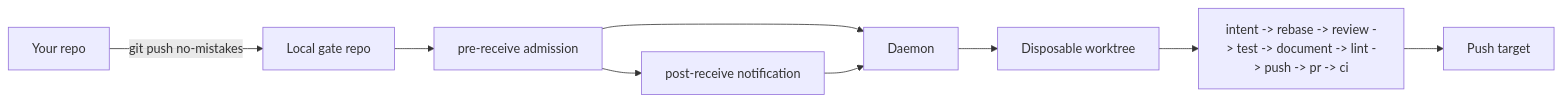
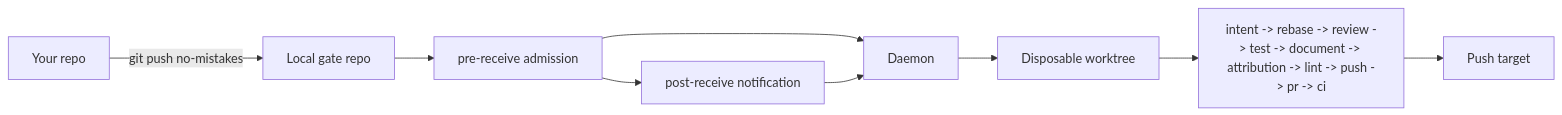
One commit to JohanSardar/no-mistakes changed the diagram in docs/src/content/docs/start-here/introduction.md. Above: the diagram before and after it, drawn with Mermaid. The commit also changed 20 other files, not shown here.

````diff
--- a/docs/src/content/docs/start-here/introduction.md
+++ b/docs/src/content/docs/start-here/introduction.md
@@ -48,11 +48,11 @@
 ```mermaid
 flowchart LR
   repo["Your repo"] -->|"git push no-mistakes"| gate["Local gate repo"]
   gate --> admission["pre-receive admission"]
   admission --> hook["post-receive notification"]
   admission --> daemon["Daemon"]
   hook --> daemon
   daemon --> worktree["Disposable worktree"]
-  worktree --> pipeline["intent -> rebase -> review -> test -> document -> lint -> push -> pr -> ci"]
+  worktree --> pipeline["intent -> rebase -> review -> test -> document -> attribution -> lint -> push -> pr -> ci"]
   pipeline --> target["Push target"]
 ```
````
